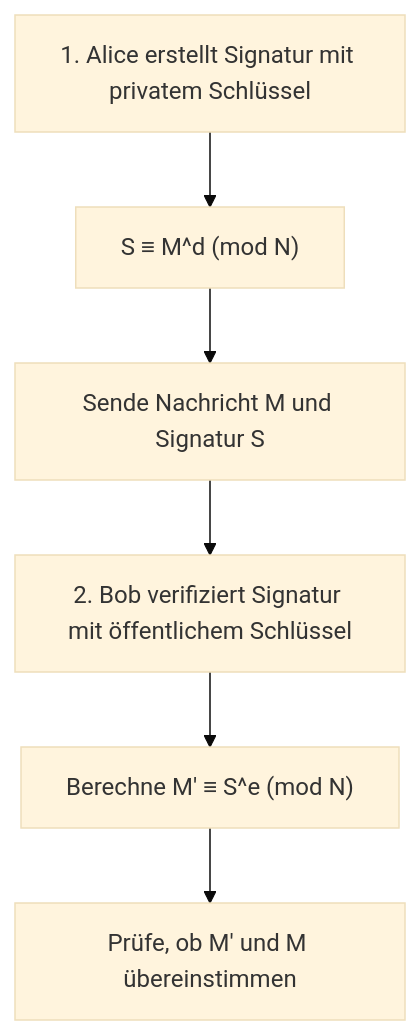
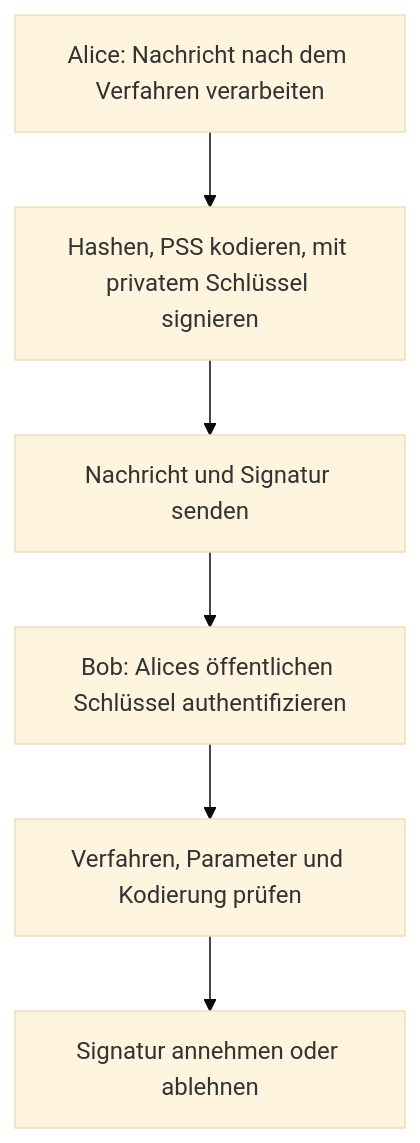
The third of 3 diagrams in content/post/rsa暗号の仕組みを高校生でもわかるように説明する/index.de.md (kenjinote/blog), drawn with Mermaid (base theme) before and after one commit. The commit also changed other lines of this file and 5 other files, not shown here.

````diff
--- a/content/post/rsa暗号の仕組みを高校生でもわかるように説明する/index.de.md
+++ b/content/post/rsa暗号の仕組みを高校生でもわかるように説明する/index.de.md
@@ -291,9 +169,8 @@
 ```mermaid
 flowchart TD
-    A1["1. Alice erstellt Signatur mit privatem Schlüssel"] --> A2["S ≡ M^d (mod N)"]
-    A2 --> A3["Sende Nachricht M und Signatur S"]
-    
-    A3 --> B1["2. Bob verifiziert Signatur mit öffentlichem Schlüssel"]
-    B1 --> B2["Berechne M' ≡ S^e (mod N)"]
-    B2 --> B3["Prüfe, ob M' und M übereinstimmen"]
+    A1["Alice: Nachricht nach dem Verfahren verarbeiten"] --> A2["Hashen, PSS kodieren, mit privatem Schlüssel signieren"]
+    A2 --> A3["Nachricht und Signatur senden"]
+    A3 --> B1["Bob: Alices öffentlichen Schlüssel authentifizieren"]
+    B1 --> B2["Verfahren, Parameter und Kodierung prüfen"]
+    B2 --> B3["Signatur annehmen oder ablehnen"]
 ```
````
